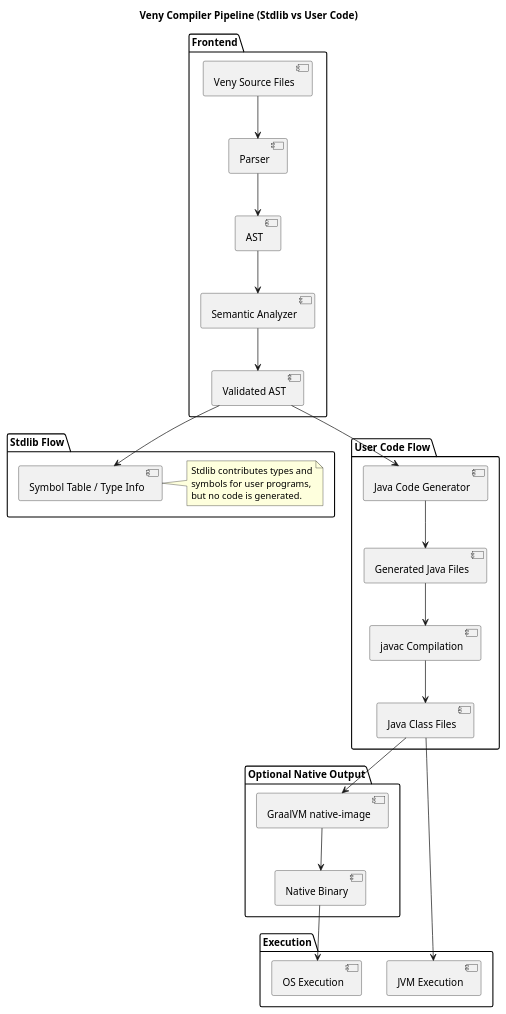
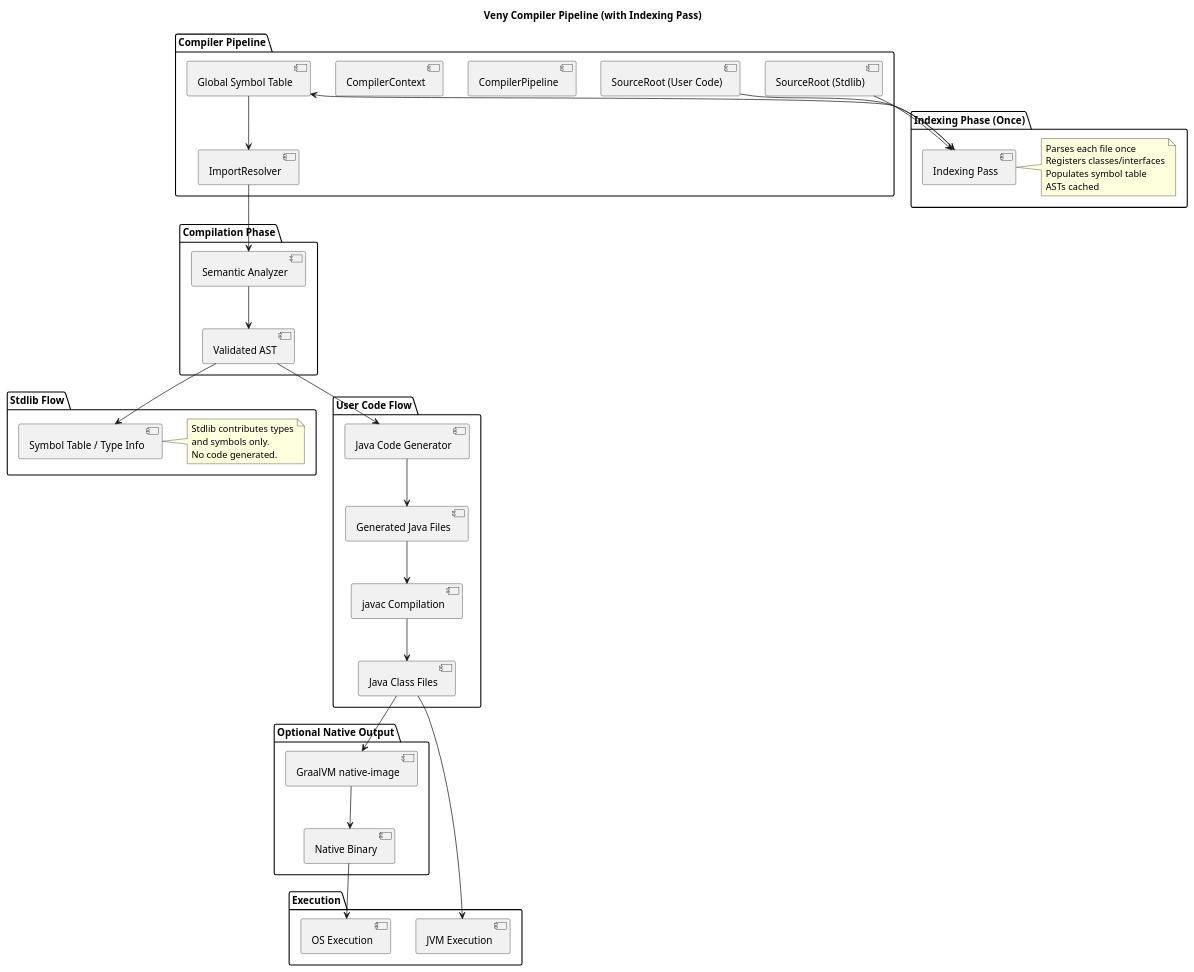
Before and after one commit to veny-lang/veny: the diagram in docs/diagrams/compiler/veny-compiler-pipeline.puml, drawn with PlantUML. The commit also changed 6 other files, not shown here.

Commit message:
CompilerPipline with indexing

```diff
--- a/docs/diagrams/compiler/veny-compiler-pipeline.puml
+++ b/docs/diagrams/compiler/veny-compiler-pipeline.puml
@@ -1,37 +1,57 @@
 @startuml
-title Veny Compiler Pipeline (Stdlib vs User Code)
+title Veny Compiler Pipeline (with Indexing Pass)
 
-package "Frontend" {
-    [Veny Source Files] --> [Parser]
-    [Parser] --> [AST]
-    [AST] --> [Semantic Analyzer]
-    [Semantic Analyzer] --> [Validated AST]
+package "Compiler Pipeline" {
+  [SourceRoot (Stdlib)]
+  [SourceRoot (User Code)]
+  [CompilerPipeline]
+  [CompilerContext]
+  [ImportResolver]
+  [Global Symbol Table]
+}
+
+package "Indexing Phase (Once)" {
+  [SourceRoot (Stdlib)] --> [Indexing Pass]
+  [SourceRoot (User Code)] --> [Indexing Pass]
+  [Indexing Pass] --> [Global Symbol Table]
+  note right of [Indexing Pass]
+    Parses each file once
+    Registers classes/interfaces
+    Populates symbol table
+    ASTs cached
+  end note
+}
+
+package "Compilation Phase" {
+  [Global Symbol Table] --> [ImportResolver]
+  [ImportResolver] --> [Semantic Analyzer]
+  [Semantic Analyzer] --> [Validated AST]
 }
 
 package "Stdlib Flow" {
-    [Validated AST] --> [Symbol Table / Type Info]
-    note right of [Symbol Table / Type Info]
-      Stdlib contributes types and
-      symbols for user programs,
-      but no code is generated.
-    end note
+  [Validated AST] --> [Symbol Table / Type Info]
+  note right of [Symbol Table / Type Info]
+    Stdlib contributes types
+    and symbols only.
+    No code generated.
+  end note
 }
 
 package "User Code Flow" {
-    [Validated AST] --> [Java Code Generator]
-    [Java Code Generator] --> [Generated Java Files]
-    [Generated Java Files] --> [javac Compilation]
-    [javac Compilation] --> [Java Class Files]
+  [Validated AST] --> [Java Code Generator]
+  [Java Code Generator] --> [Generated Java Files]
+  [Generated Java Files] --> [javac Compilation]
+  [javac Compilation] --> [Java Class Files]
 }
 
 package "Optional Native Output" {
-    [Java Class Files] --> [GraalVM native-image]
-    [GraalVM native-image] --> [Native Binary]
+  [Java Class Files] --> [GraalVM native-image]
+  [GraalVM native-image] --> [Native Binary]
 }
 
 package "Execution" {
-    [Java Class Files] --> [JVM Execution]
-    [Native Binary] --> [OS Execution]
+  [Java Class Files] --> [JVM Execution]
+  [Native Binary] --> [OS Execution]
 }
 
 @enduml
```
